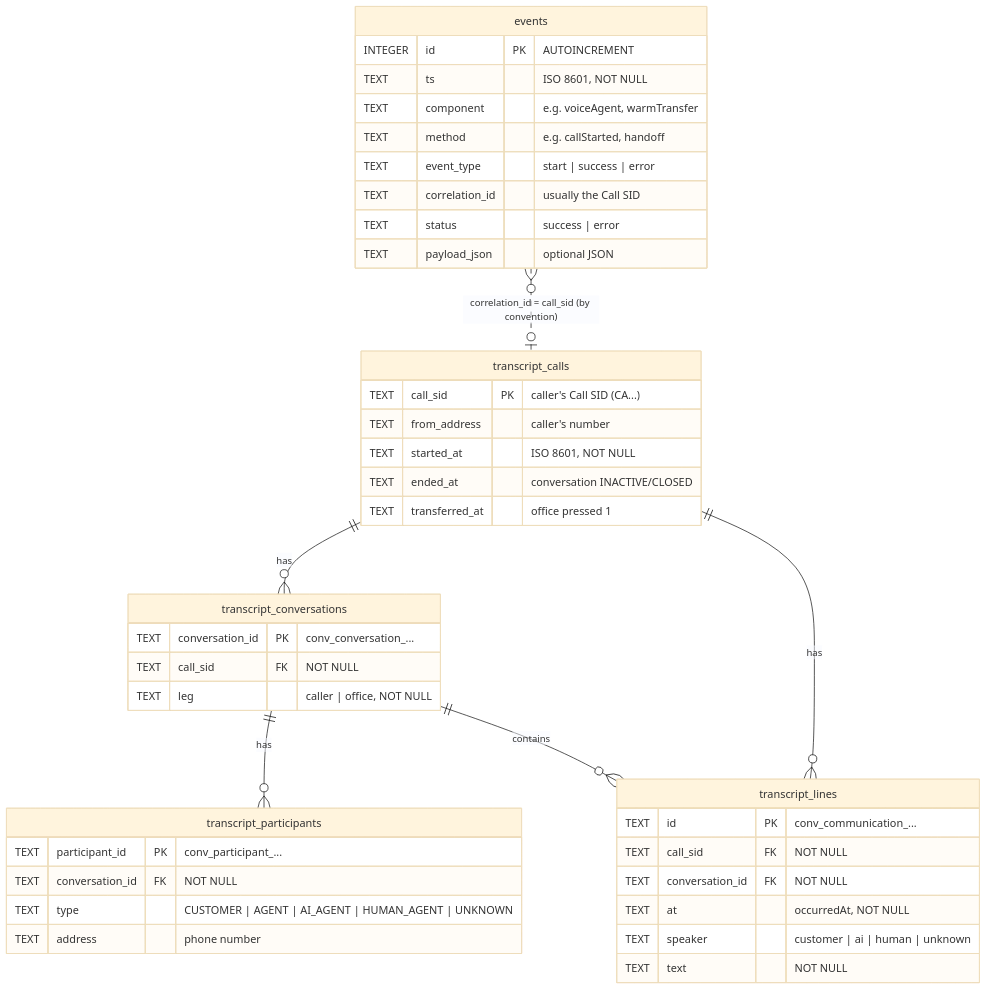
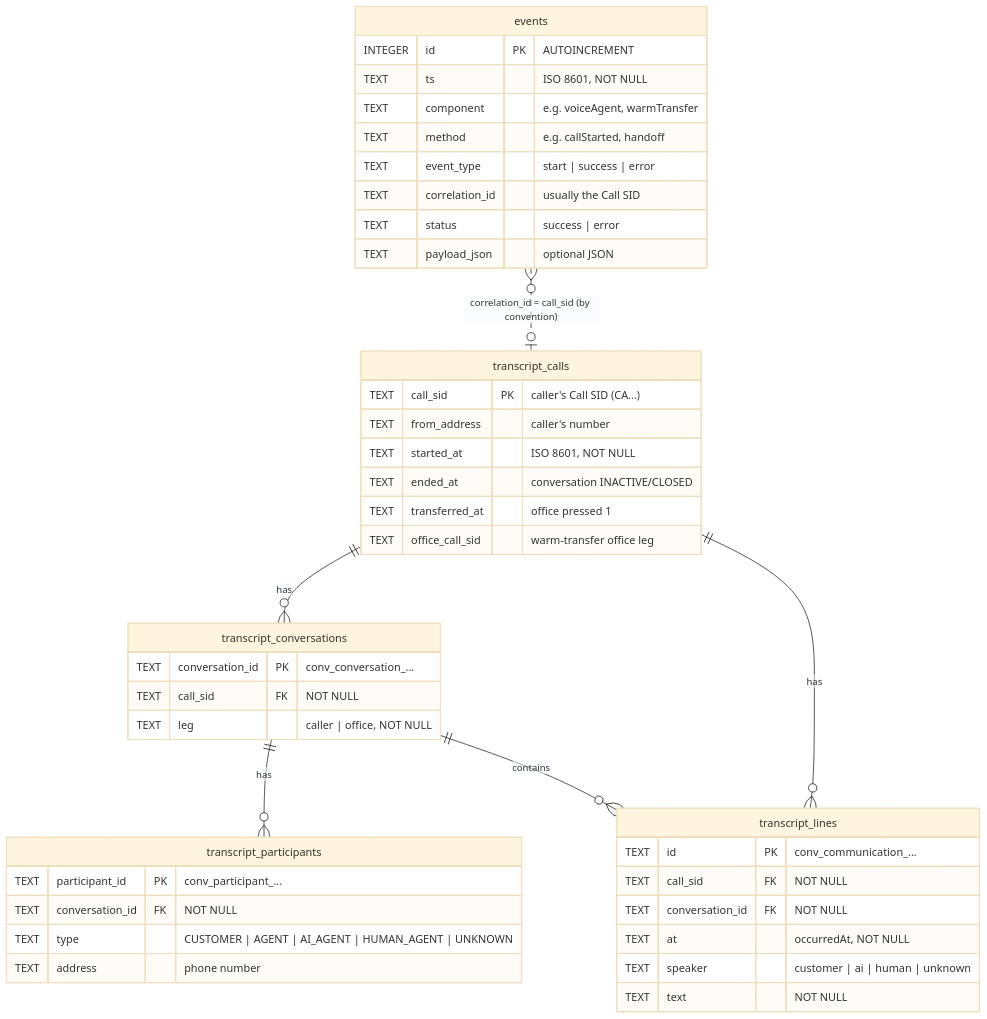
Before and after one commit to djayanna/acme-health: the diagram in docs/schema.md, drawn with Mermaid (base theme). The commit also changed other lines of this file and 17 other files, not shown here.

First line of the commit message:
Wallboard redesign: per-call chart with transcript + events; event payloads

````diff
--- a/docs/schema.md
+++ b/docs/schema.md
@@ -17,49 +17,50 @@
 ```mermaid
 erDiagram
     transcript_calls ||--o{ transcript_conversations : "has"
     transcript_conversations ||--o{ transcript_participants : "has"
     transcript_calls ||--o{ transcript_lines : "has"
     transcript_conversations ||--o{ transcript_lines : "contains"
     events }o..o| transcript_calls : "correlation_id = call_sid (by convention)"
 
     events {
         INTEGER id PK "AUTOINCREMENT"
         TEXT ts "ISO 8601, NOT NULL"
         TEXT component "e.g. voiceAgent, warmTransfer"
         TEXT method "e.g. callStarted, handoff"
         TEXT event_type "start | success | error"
         TEXT correlation_id "usually the Call SID"
         TEXT status "success | error"
         TEXT payload_json "optional JSON"
     }
 
     transcript_calls {
         TEXT call_sid PK "caller's Call SID (CA...)"
         TEXT from_address "caller's number"
         TEXT started_at "ISO 8601, NOT NULL"
         TEXT ended_at "conversation INACTIVE/CLOSED"
         TEXT transferred_at "office pressed 1"
+        TEXT office_call_sid "warm-transfer office leg"
     }
 
     transcript_conversations {
         TEXT conversation_id PK "conv_conversation_..."
         TEXT call_sid FK "NOT NULL"
         TEXT leg "caller | office, NOT NULL"
     }
 
     transcript_participants {
         TEXT participant_id PK "conv_participant_..."
         TEXT conversation_id FK "NOT NULL"
         TEXT type "CUSTOMER | AGENT | AI_AGENT | HUMAN_AGENT | UNKNOWN"
         TEXT address "phone number"
     }
 
     transcript_lines {
         TEXT id PK "conv_communication_..."
         TEXT call_sid FK "NOT NULL"
         TEXT conversation_id FK "NOT NULL"
         TEXT at "occurredAt, NOT NULL"
         TEXT speaker "customer | ai | human | unknown"
         TEXT text "NOT NULL"
     }
 ```
````
